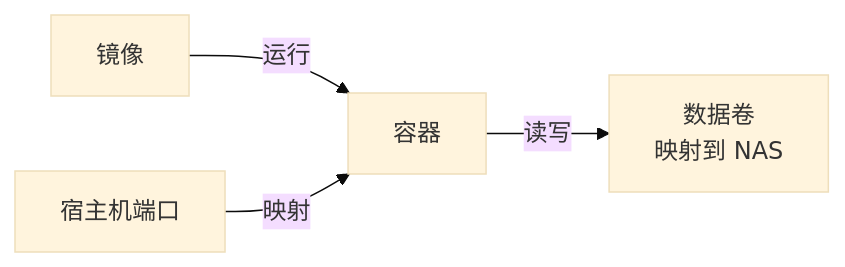
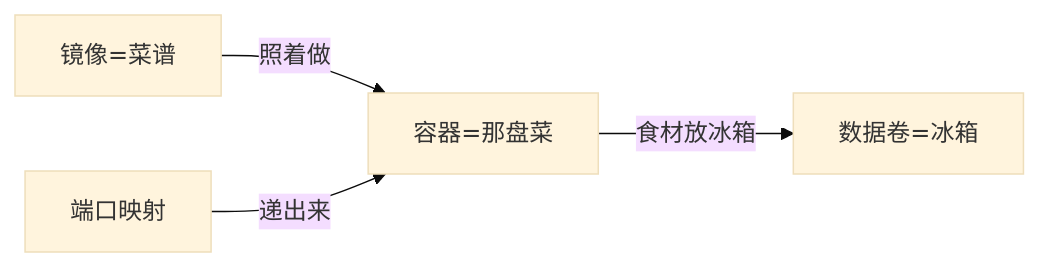
One commit to cv-superding/nas-guide changed the diagram in docs/07-应用服务/7.1-Docker基础.md. Above: the diagram before and after it, drawn with Mermaid (base theme). The commit also changed other lines of this file and 1 other file, not shown here.

````diff
--- a/docs/07-应用服务/7.1-Docker基础.md
+++ b/docs/07-应用服务/7.1-Docker基础.md
@@ -26,6 +20,6 @@
 ```mermaid
 flowchart LR
-    Image[镜像] -->|运行| Container[容器]
-    Container -->|读写| Volume[数据卷<br/>映射到 NAS]
-    Host[宿主机端口] -->|映射| Container
+    Image[镜像=菜谱] -->|照着做| Container[容器=那盘菜]
+    Container -->|食材放冰箱| Volume[数据卷=冰箱]
+    窗口[端口映射] -->|递出来| Container
 ```
````
